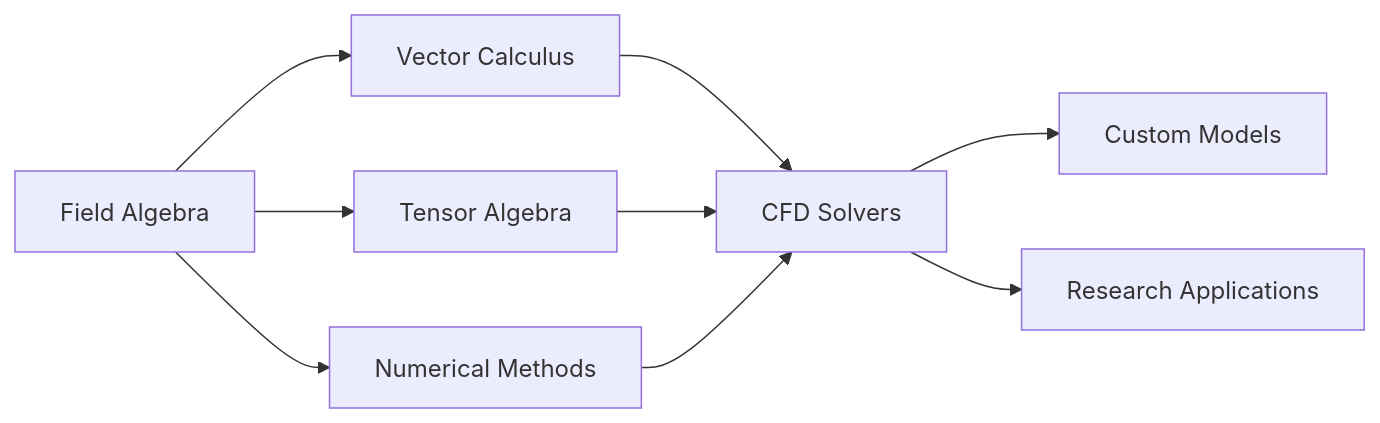
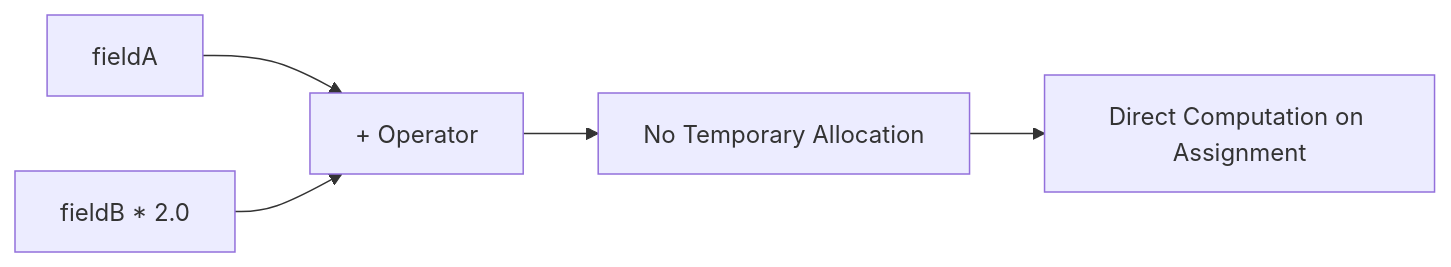
Before and after one commit to wramet/build-my-cfd: the second of 2 diagrams in MODULE_05_OPENFOAM_PROGRAMMING/CONTENT/09_FIELD_ALGEBRA/07_Summary_and_Exercises.md, drawn with Mermaid. The commit also changed other lines of this file and 297 other files, not shown here.

Commit message:
Add explanation under mermaid diagram

````diff
--- a/MODULE_05_OPENFOAM_PROGRAMMING/CONTENT/09_FIELD_ALGEBRA/07_Summary_and_Exercises.md
+++ b/MODULE_05_OPENFOAM_PROGRAMMING/CONTENT/09_FIELD_ALGEBRA/07_Summary_and_Exercises.md
@@ -680,11 +681,7 @@
 ```mermaid
 flowchart LR
-    A[Field Algebra] --> B[Vector Calculus]
-    A --> C[Tensor Algebra]
-    A --> D[Numerical Methods]
-    B --> E[CFD Solvers]
-    C --> E
-    D --> E
-    E --> F[Custom Models]
-    E --> G[Research Applications]
+    A[fieldA] --> C[+ Operator]
+    B[fieldB * 2.0] --> C
+    C --> D[No Temporary Allocation]
+    D --> E[Direct Computation on Assignment]
 ```
````
